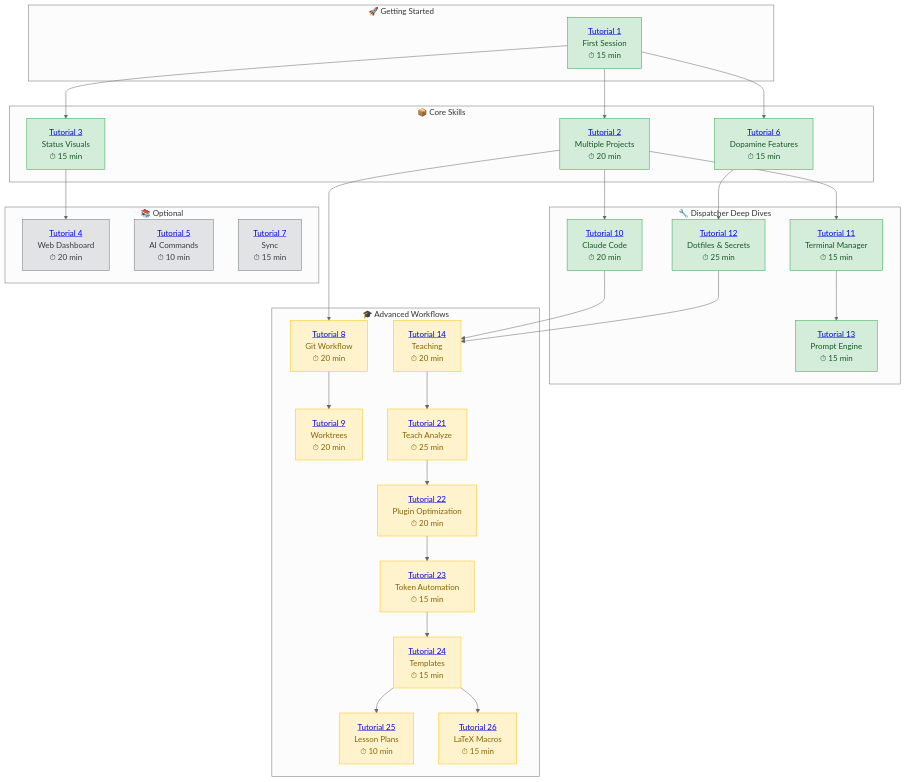
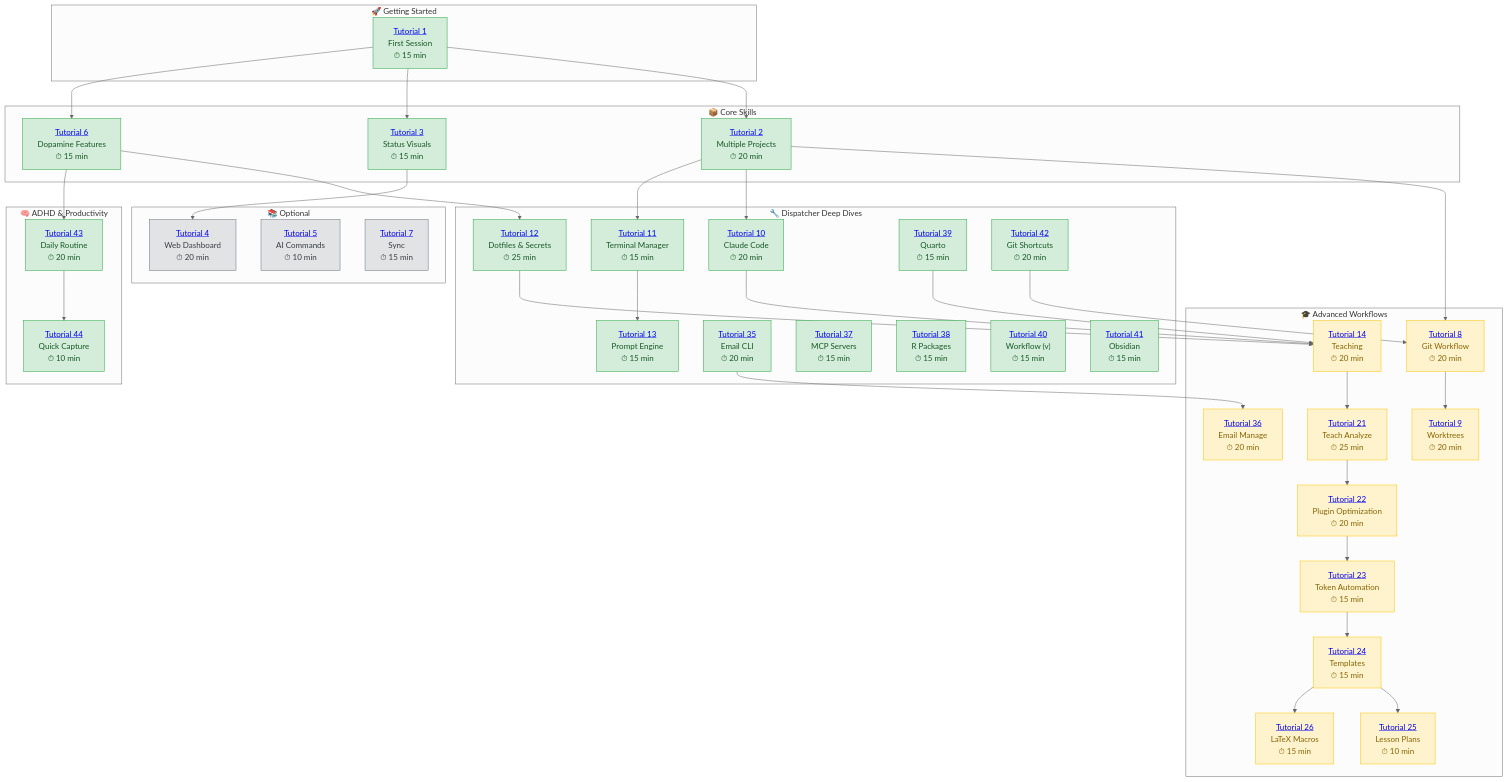
Before and after one commit to Data-Wise/flow-cli: the diagram in docs/tutorials/index.md, drawn with Mermaid (neutral theme). The commit also changed other lines of this file and 29 other files, not shown here.

````diff
--- a/docs/tutorials/index.md
+++ b/docs/tutorials/index.md
@@ -33,12 +33,25 @@
         T11["<a href='11-tm-dispatcher/'>Tutorial 11</a><br/>Terminal Manager<br/>⏱ 15 min"]
         T12["<a href='12-dot-dispatcher/'>Tutorial 12</a><br/>Dotfiles & Secrets<br/>⏱ 25 min"]
         T13["<a href='13-prompt-dispatcher/'>Tutorial 13</a><br/>Prompt Engine<br/>⏱ 15 min"]
+        T35["<a href='35-em-cli-email/'>Tutorial 35</a><br/>Email CLI<br/>⏱ 20 min"]
+        T37["<a href='37-mcp-dispatcher/'>Tutorial 37</a><br/>MCP Servers<br/>⏱ 15 min"]
+        T38["<a href='38-r-dispatcher/'>Tutorial 38</a><br/>R Packages<br/>⏱ 15 min"]
+        T39["<a href='39-qu-dispatcher/'>Tutorial 39</a><br/>Quarto<br/>⏱ 15 min"]
+        T40["<a href='40-v-dispatcher/'>Tutorial 40</a><br/>Workflow (v)<br/>⏱ 15 min"]
+        T41["<a href='41-obs-dispatcher/'>Tutorial 41</a><br/>Obsidian<br/>⏱ 15 min"]
+        T42["<a href='42-g-dispatcher/'>Tutorial 42</a><br/>Git Shortcuts<br/>⏱ 20 min"]
+    end
+
+    subgraph ADHD["🧠 ADHD & Productivity"]
+        T43["<a href='43-adhd-daily-routine/'>Tutorial 43</a><br/>Daily Routine<br/>⏱ 20 min"]
+        T44["<a href='44-quick-capture/'>Tutorial 44</a><br/>Quick Capture<br/>⏱ 10 min"]
     end
 
     subgraph ADVANCED["🎓 Advanced Workflows"]
         T8["<a href='08-git-feature-workflow/'>Tutorial 8</a><br/>Git Workflow<br/>⏱ 20 min"]
         T9["<a href='09-worktrees/'>Tutorial 9</a><br/>Worktrees<br/>⏱ 20 min"]
         T14["<a href='14-teach-dispatcher/'>Tutorial 14</a><br/>Teaching<br/>⏱ 20 min"]
+        T36["<a href='36-em-delete-actions/'>Tutorial 36</a><br/>Email Manage<br/>⏱ 20 min"]
         T21["<a href='21-teach-analyze/'>Tutorial 21</a><br/>Teach Analyze<br/>⏱ 25 min"]
         T22["<a href='22-plugin-optimization/'>Tutorial 22</a><br/>Plugin Optimization<br/>⏱ 20 min"]
         T23["<a href='23-token-automation/'>Tutorial 23</a><br/>Token Automation<br/>⏱ 15 min"]
@@ -78,11 +91,17 @@
 
     T11 --> T13
 
+    T35 --> T36
+    T39 --> T14
+    T42 --> T8
+    T6 --> T43
+    T43 --> T44
+
     classDef beginner fill:#d4edda,stroke:#28a745,color:#155724
     classDef intermediate fill:#fff3cd,stroke:#ffc107,color:#856404
     classDef optional fill:#e2e3e5,stroke:#6c757d,color:#383d41
 
-    class T1,T2,T3,T6,T10,T11,T12,T13 beginner
-    class T8,T9,T14,T21,T22,T23,T24,T25,T26 intermediate
+    class T1,T2,T3,T6,T10,T11,T12,T13,T35,T37,T38,T39,T40,T41,T42,T43,T44 beginner
+    class T8,T9,T14,T21,T22,T23,T24,T25,T26,T36 intermediate
     class T4,T5,T7 optional
 ```
````
